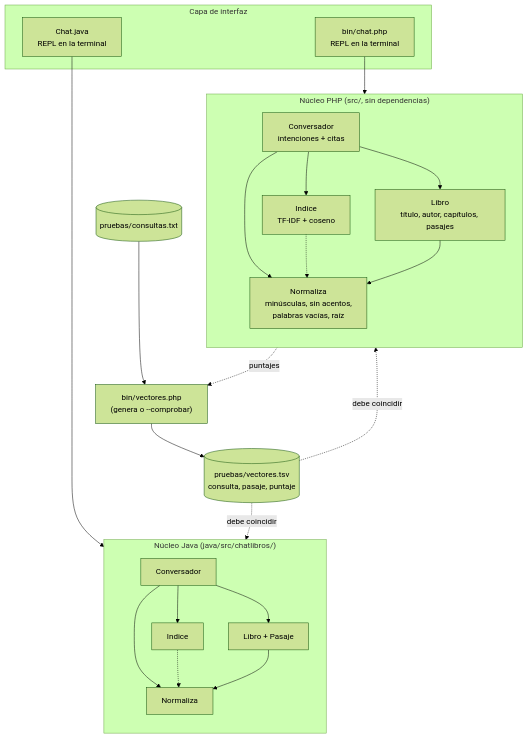
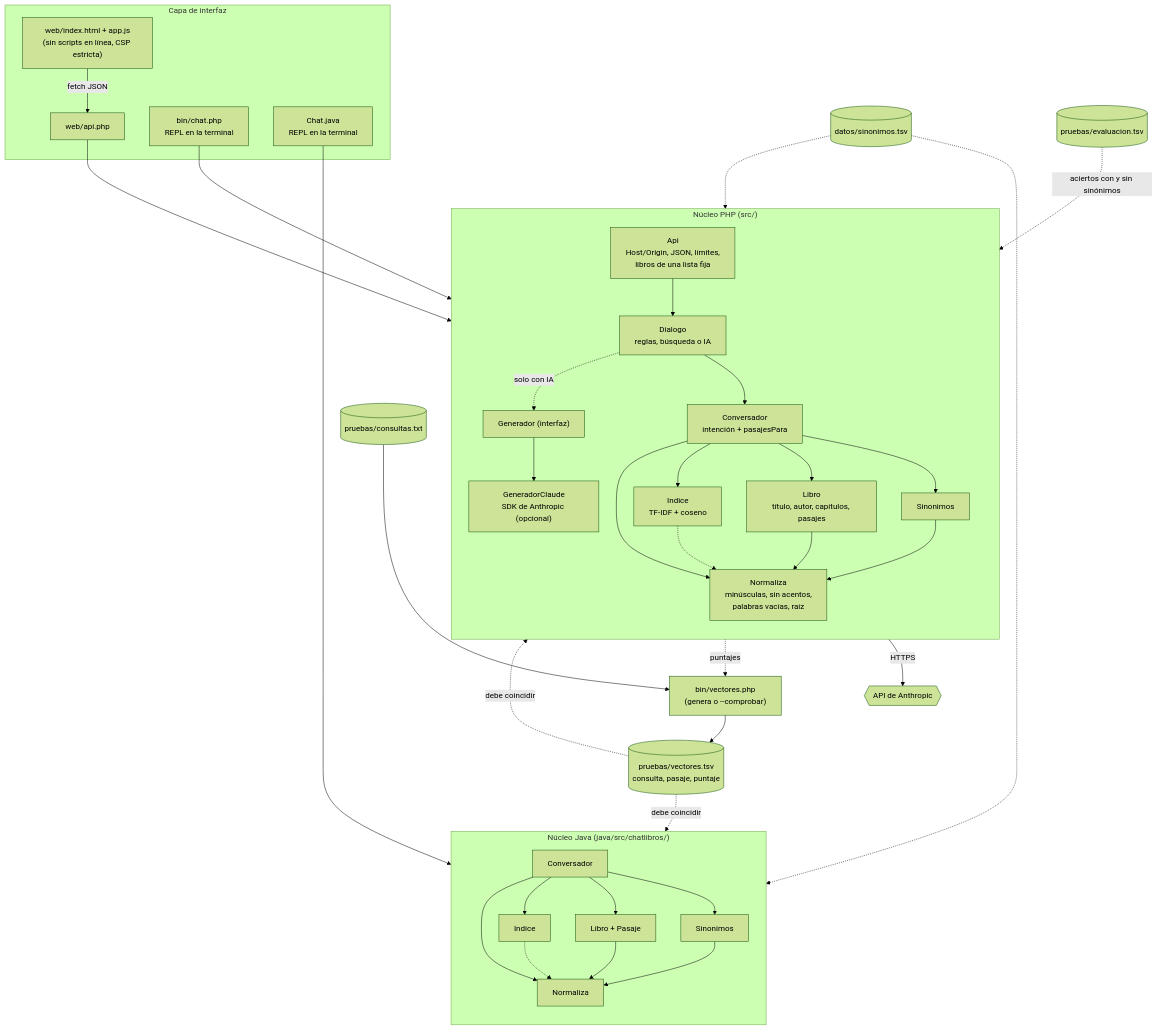
Before and after one commit to lol-protocol/php: the diagram in chat-con-libros/docs/arquitectura.mmd, drawn with Mermaid (forest theme). The commit also changed 34 other files, not shown here.

First line of the commit message:
chat-con-libros: página web, sinónimos y modo opcional con IA (Claude)

```diff
--- a/chat-con-libros/docs/arquitectura.mmd
+++ b/chat-con-libros/docs/arquitectura.mmd
@@ -1,46 +1,73 @@
-%% Arquitectura por capas. Las dos implementaciones son equivalentes y se comprueban
-%% entre sí con pruebas/vectores.tsv.
+%% Arquitectura por capas. La búsqueda es equivalente en PHP y Java y se comprueba con
+%% pruebas/vectores.tsv. La web y el modo con IA son solo PHP.
 flowchart TB
     subgraph interfaz["Capa de interfaz"]
+        paginaweb["web/index.html + app.js<br/>(sin scripts en línea, CSP estricta)"]
+        apiphp["web/api.php"]
         chatphp["bin/chat.php<br/>REPL en la terminal"]
         chatjava["Chat.java<br/>REPL en la terminal"]
+        paginaweb -- "fetch JSON" --> apiphp
     end
 
-    subgraph php["Núcleo PHP (src/, sin dependencias)"]
+    subgraph php["Núcleo PHP (src/)"]
         direction TB
-        conv_php["Conversador<br/>intenciones + citas"]
+        api["Api<br/>Host/Origin, JSON, límites,<br/>libros de una lista fija"]
+        dialogo["Dialogo<br/>reglas, búsqueda o IA"]
+        conv_php["Conversador<br/>intención + pasajesPara"]
         ind_php["Indice<br/>TF-IDF + coseno"]
+        sin_php["Sinonimos"]
         libro_php["Libro<br/>título, autor, capítulos, pasajes"]
         norm_php["Normaliza<br/>minúsculas, sin acentos,<br/>palabras vacías, raíz"]
+        gen["Generador (interfaz)"]
+        claude["GeneradorClaude<br/>SDK de Anthropic (opcional)"]
+        api --> dialogo
+        dialogo --> conv_php
+        dialogo -. "solo con IA" .-> gen
+        gen --> claude
         conv_php --> ind_php
         conv_php --> libro_php
+        conv_php --> sin_php
         conv_php --> norm_php
         ind_php -.-> norm_php
         libro_php --> norm_php
+        sin_php --> norm_php
     end
 
     subgraph java["Núcleo Java (java/src/chatlibros/)"]
         direction TB
         conv_java["Conversador"]
         ind_java["Indice"]
+        sin_java["Sinonimos"]
         libro_java["Libro + Pasaje"]
         norm_java["Normaliza"]
         conv_java --> ind_java
         conv_java --> libro_java
+        conv_java --> sin_java
         conv_java --> norm_java
         ind_java -.-> norm_java
         libro_java --> norm_java
+        sin_java --> norm_java
     end
 
-    chatphp --> conv_php
+    apiphp --> api
+    chatphp --> dialogo
     chatjava --> conv_java
 
+    anthropic{{"API de Anthropic"}}
+    claude -- "HTTPS" --> anthropic
+
+    sinonimos[("datos/sinonimos.tsv")]
+    sinonimos -.-> sin_php
+    sinonimos -.-> sin_java
+
     vectores[("pruebas/vectores.tsv<br/>consulta, pasaje, puntaje")]
+    evaluacion[("pruebas/evaluacion.tsv")]
     consultas[("pruebas/consultas.txt")]
     genvec["bin/vectores.php<br/>(genera o --comprobar)"]
 
     consultas --> genvec
     conv_php -. "puntajes" .-> genvec
     genvec --> vectores
     vectores -. "debe coincidir" .-> ind_php
     vectores -. "debe coincidir" .-> ind_java
+    evaluacion -. "aciertos con y sin sinónimos" .-> ind_php
```
